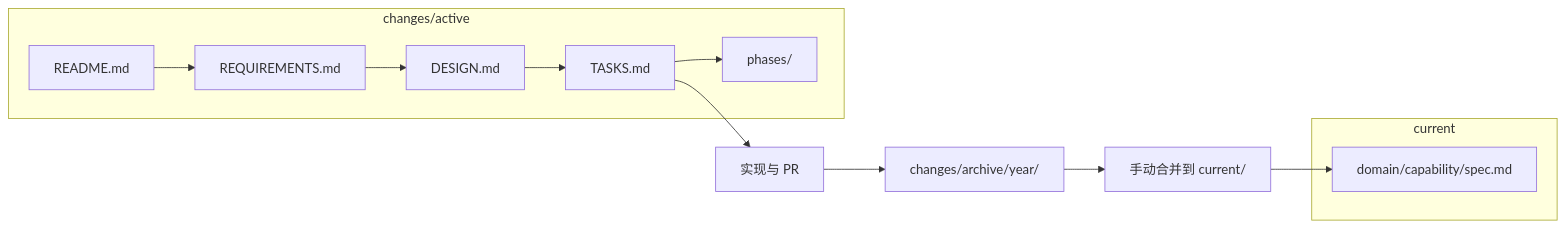
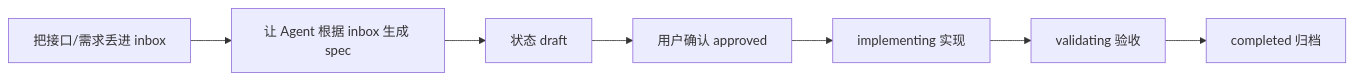
One commit to ingot-cloud/ingot-admin changed the diagram in specs/README.md. Above: the diagram before and after it, drawn with Mermaid. The commit also changed other lines of this file and 15 other files, not shown here.

````diff
--- a/specs/README.md
+++ b/specs/README.md
@@ -103,18 +158,11 @@
 ```mermaid
 flowchart LR
-  subgraph truth [current]
-    CapSpec["domain/capability/spec.md"]
-  end
-  subgraph change [changes/active]
-    Proposal[README.md]
-    Req[REQUIREMENTS.md]
-    Design[DESIGN.md]
-    Tasks[TASKS.md]
-    Phases[phases/]
-  end
-  Proposal --> Req --> Design --> Tasks --> Phases
-  Tasks --> Implement[实现与 PR]
-  Implement --> Archive[changes/archive/year/]
-  Archive --> Merge[手动合并到 current/]
-  Merge --> CapSpec
+  Drop[把接口/需求丢进 inbox]
+  Ask[让 Agent 根据 inbox 生成 spec]
+  Draft[状态 draft]
+  Confirm[用户确认 approved]
+  Impl[implementing 实现]
+  Valid[validating 验收]
+  Arch[completed 归档]
+  Drop --> Ask --> Draft --> Confirm --> Impl --> Valid --> Arch
 ```
````
